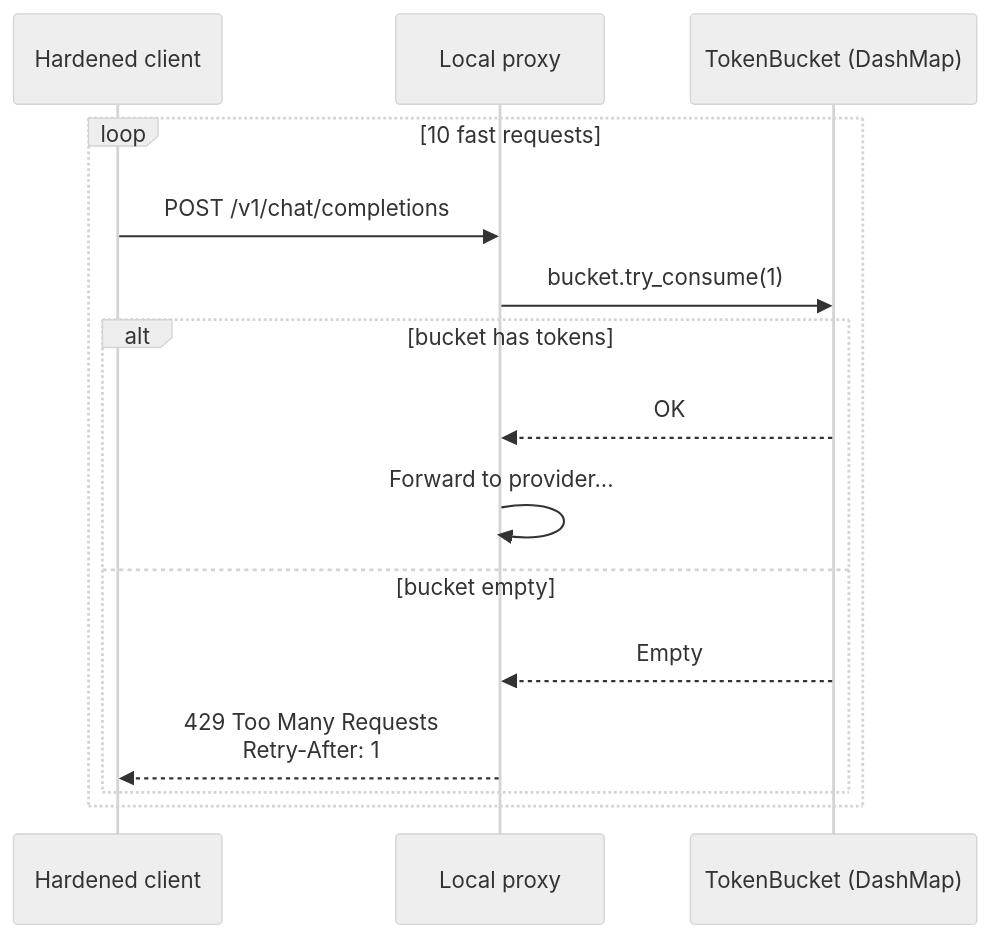
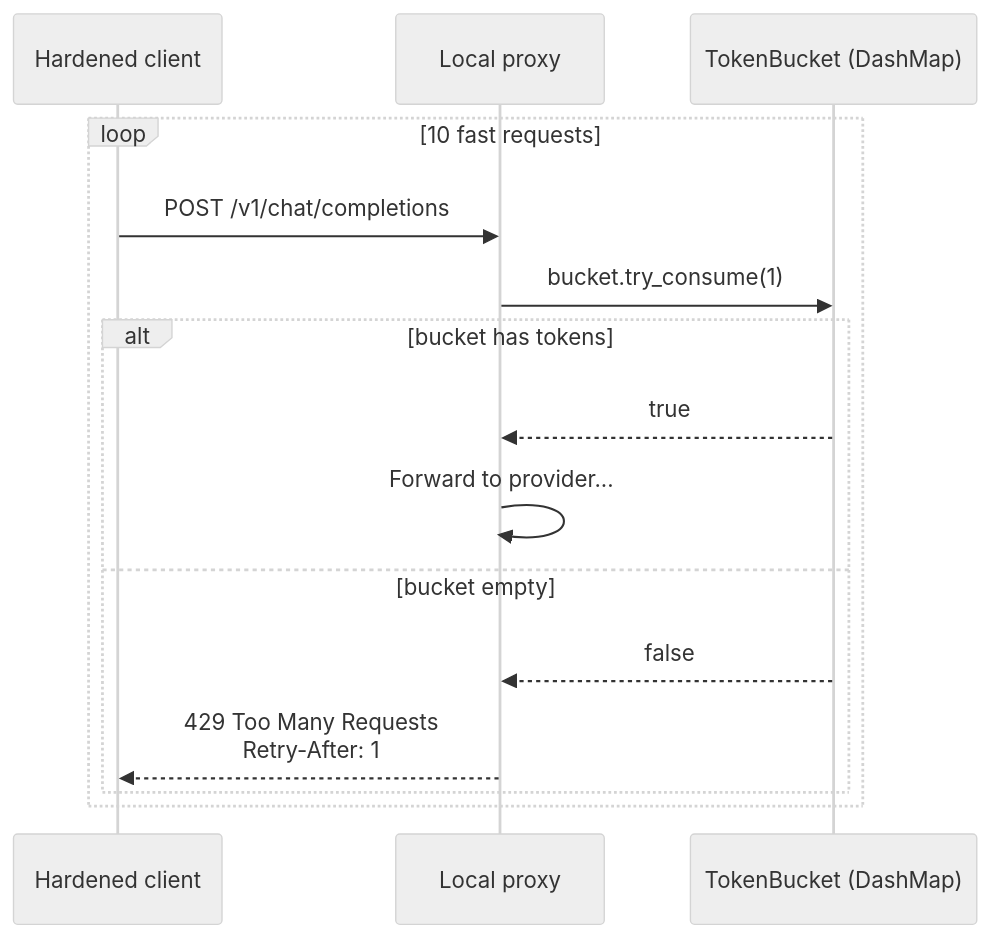
Before and after one commit to CipherOcto/cipherocto: the fifth of 14 diagrams in docs/architecture/end-to-end-scenarios.md, drawn with Mermaid (neutral theme). The commit also changed other lines of this file, not shown here.

````diff
--- a/docs/architecture/end-to-end-scenarios.md
+++ b/docs/architecture/end-to-end-scenarios.md
@@ -204,18 +229,18 @@
 ```mermaid
 sequenceDiagram
     participant C as Hardened client
     participant P as Local proxy
     participant TB as TokenBucket (DashMap)
 
     loop 10 fast requests
         C->>P: POST /v1/chat/completions
         P->>TB: bucket.try_consume(1)
         alt bucket has tokens
-            TB-->>P: OK
+            TB-->>P: true
             P->>P: Forward to provider...
         else bucket empty
-            TB-->>P: Empty
+            TB-->>P: false
             P-->>C: 429 Too Many Requests<br/>Retry-After: 1
         end
     end
 ```
````
